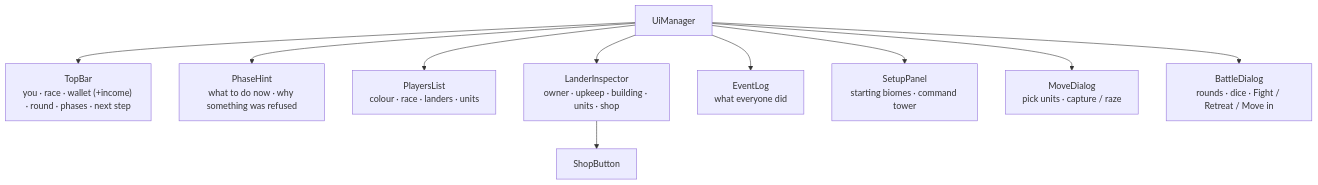
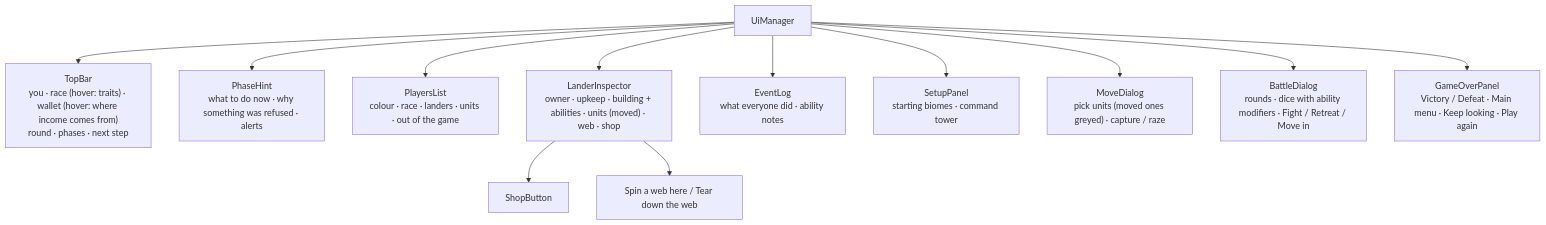
Before and after one commit to OscarPatchworth/BsOW: the eighth of 12 diagrams in docs/diagrams.md, drawn with Mermaid. The commit also changed other lines of this file, not shown here.

First line of the commit message:
Docs: diagrams brought up to date with prototype

````diff
--- a/docs/diagrams.md
+++ b/docs/diagrams.md
@@ -586,13 +804,15 @@
 ```mermaid
 flowchart TB
     UI[UiManager]
-    UI --> TopBar["TopBar<br/>you · race · wallet (+income) · round · phases · next step"]
-    UI --> PhaseHint["PhaseHint<br/>what to do now · why something was refused"]
-    UI --> PlayersList["PlayersList<br/>colour · race · landers · units"]
-    UI --> LanderInspector["LanderInspector<br/>owner · upkeep · building · units · shop"]
-    UI --> EventLog["EventLog<br/>what everyone did"]
+    UI --> TopBar["TopBar<br/>you · race (hover: traits) · wallet (hover: where income comes from)<br/>round · phases · next step"]
+    UI --> PhaseHint["PhaseHint<br/>what to do now · why something was refused · alerts"]
+    UI --> PlayersList["PlayersList<br/>colour · race · landers · units · out of the game"]
+    UI --> LanderInspector["LanderInspector<br/>owner · upkeep · building + abilities · units (moved) · web · shop"]
+    UI --> EventLog["EventLog<br/>what everyone did · ability notes"]
     UI --> SetupPanel["SetupPanel<br/>starting biomes · command tower"]
-    UI --> MoveDialog["MoveDialog<br/>pick units · capture / raze"]
-    UI --> BattleDialog["BattleDialog<br/>rounds · dice · Fight / Retreat / Move in"]
+    UI --> MoveDialog["MoveDialog<br/>pick units (moved ones greyed) · capture / raze"]
+    UI --> BattleDialog["BattleDialog<br/>rounds · dice with ability modifiers · Fight / Retreat / Move in"]
+    UI --> GameOverPanel["GameOverPanel<br/>Victory / Defeat · Main menu · Keep looking · Play again"]
     LanderInspector --> ShopButton
+    LanderInspector --> WebButtons["Spin a web here / Tear down the web"]
 ```
````
